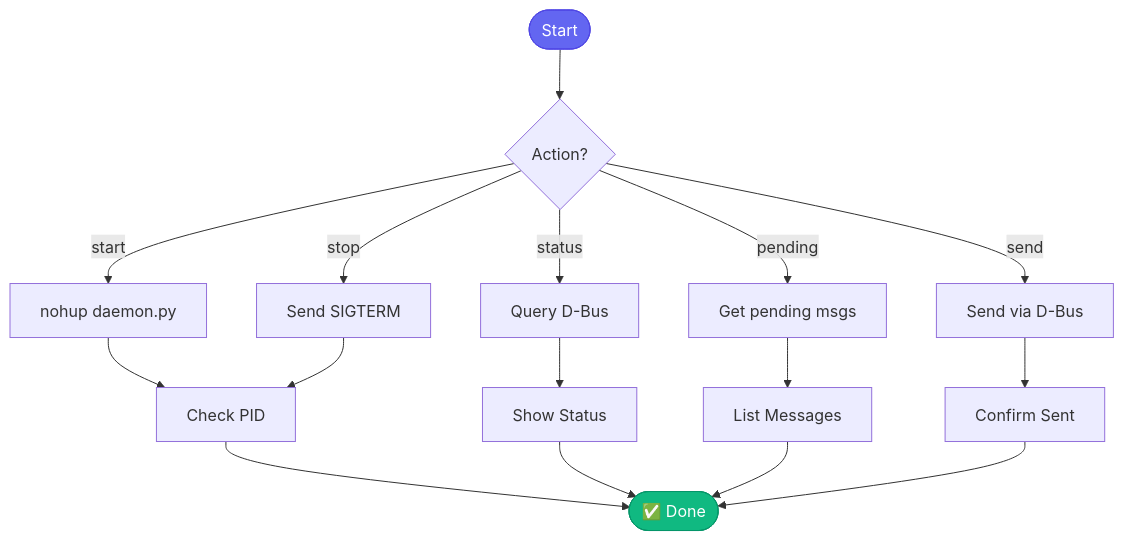
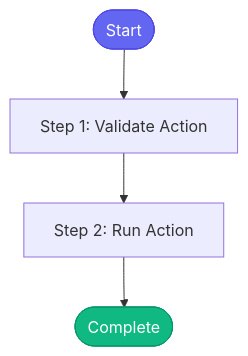
One commit to dmzoneill/redhat-ai-workflow changed the diagram in docs/skills/slack_daemon_control.md. Above: the diagram before and after it, drawn with Mermaid. The commit also changed other lines of this file and 49 other files, not shown here.

````diff
--- a/docs/skills/slack_daemon_control.md
+++ b/docs/skills/slack_daemon_control.md
@@ -45,24 +48,12 @@
 ```mermaid
 flowchart TD
-    START([Start]) --> ACTION{Action?}
-
-    ACTION -->|start| START_SVC[nohup daemon.py]
-    ACTION -->|stop| STOP_SVC[Send SIGTERM]
-    ACTION -->|status| STATUS_SVC[Query D-Bus]
-    ACTION -->|pending| PENDING[Get pending msgs]
-    ACTION -->|send| SEND_MSG[Send via D-Bus]
-
-    START_SVC --> CHECK[Check PID]
-    STOP_SVC --> CHECK
-    STATUS_SVC --> SHOW[Show Status]
-    PENDING --> SHOW_PENDING[List Messages]
-    SEND_MSG --> CONFIRM[Confirm Sent]
-
-    CHECK --> DONE([✅ Done])
-    SHOW --> DONE
-    SHOW_PENDING --> DONE
-    CONFIRM --> DONE
+    START([Start])
+    STEP1[Step 1: Validate Action]
+    START --> STEP1
+    STEP2[Step 2: Run Action]
+    STEP1 --> STEP2
+    STEP2 --> DONE([Complete])
 
     style START fill:#6366f1,stroke:#4f46e5,color:#fff
     style DONE fill:#10b981,stroke:#059669,color:#fff
 ```
````
